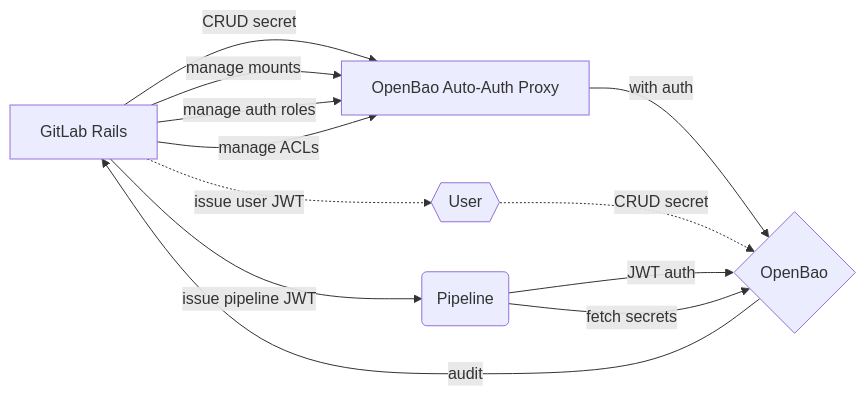
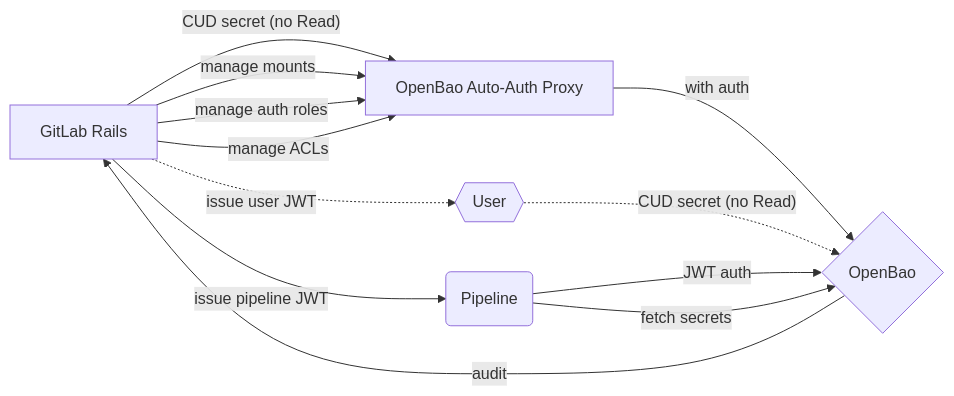
Before and after one commit to moliver28/research-handbook: the sixth of 6 diagrams in content/handbook/engineering/architecture/design-documents/secret_manager/_index.md, drawn with Mermaid. The commit also changed other lines of this file and 1 other file, not shown here.

````diff
--- a/content/handbook/engineering/architecture/design-documents/secret_manager/_index.md
+++ b/content/handbook/engineering/architecture/design-documents/secret_manager/_index.md
@@ -603,22 +703,22 @@
 ```mermaid
 flowchart LR
 
 gl[GitLab Rails]
 u{{User}}
 p(Pipeline)
 obp[OpenBao Auto-Auth Proxy]
 ob{OpenBao}
 
 
-gl -- CRUD secret --> obp -- with auth --> ob
+gl -- CUD secret (no Read) --> obp -- with auth --> ob
 gl -- manage mounts --> obp
 gl -- manage auth roles --> obp
 gl -- manage ACLs --> obp
-gl-. issue user JWT .->u-. CRUD secret .->ob
+gl-. issue user JWT .->u-. CUD secret (no Read) .->ob
 gl -- issue pipeline JWT --> p
 
 p -- JWT auth --> ob
 p -- fetch secrets --> ob
 
 ob -- audit --> gl
 ```
````
